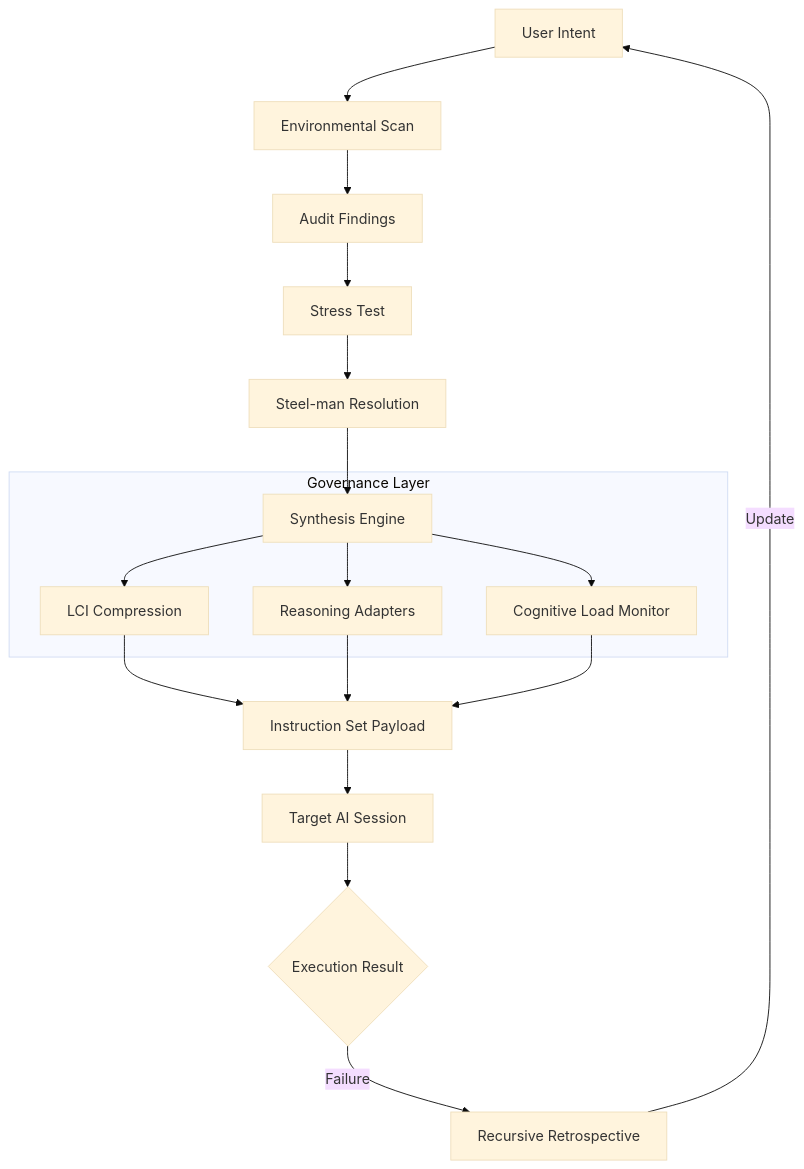
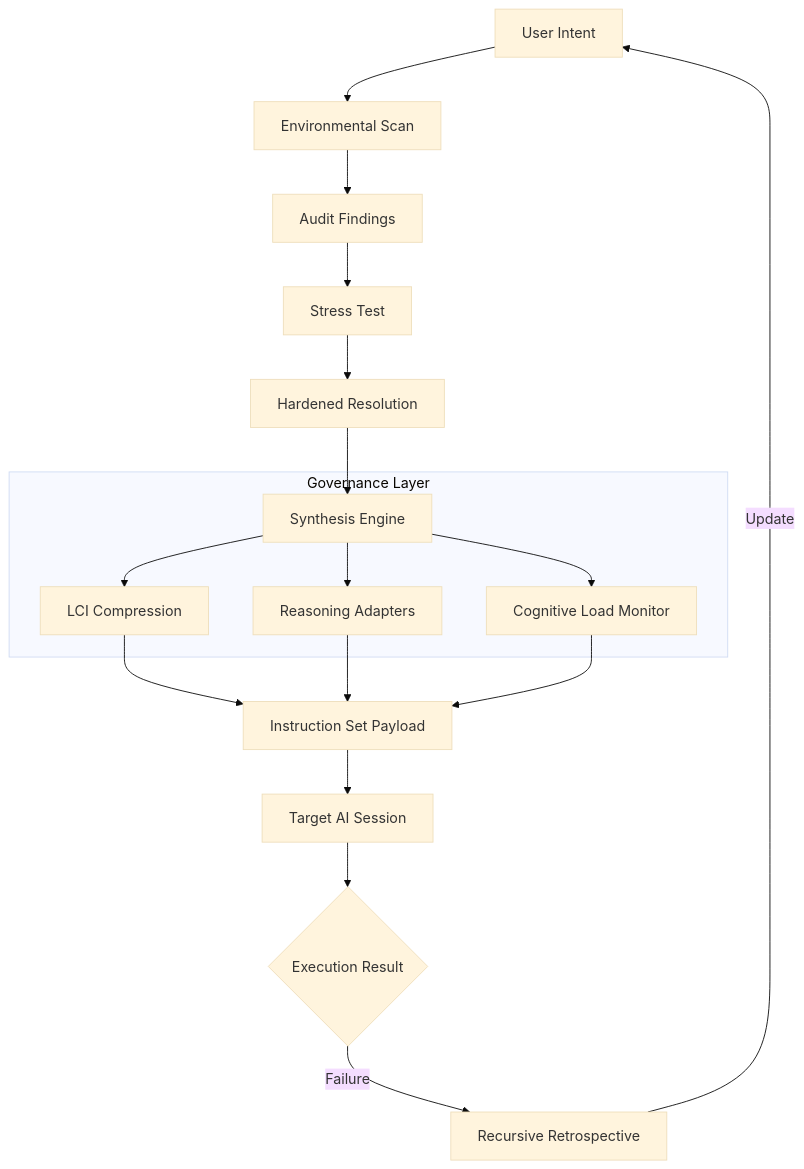
Before and after one commit to coreyalejandro/meta-prompt-architect: the diagram in documentation/README.md, drawn with Mermaid (base theme). The commit also changed 8 other files, not shown here.

````diff
--- a/documentation/README.md
+++ b/documentation/README.md
@@ -25,23 +25,23 @@
 ```mermaid
 graph TD
     A[User Intent] --> B[Environmental Scan]
     B --> C[Audit Findings]
     C --> D[Stress Test]
-    D --> E[Steel-man Resolution]
+    D --> E[Hardened Resolution]
     E --> F[Synthesis Engine]
     
     subgraph "Governance Layer"
     F --> G[LCI Compression]
     F --> H[Reasoning Adapters]
     F --> I[Cognitive Load Monitor]
     end
     
     G --> J[Instruction Set Payload]
     H --> J
     I --> J
     
     J --> K[Target AI Session]
     K --> L{Execution Result}
     L -- Failure --> M[Recursive Retrospective]
     M -- Update --> A
 ```
````
